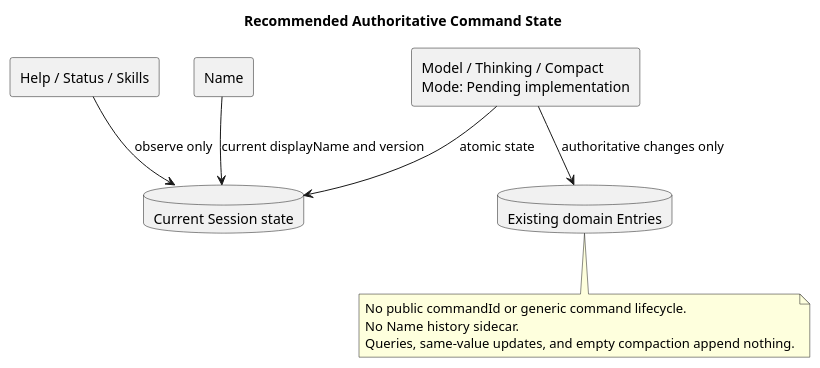
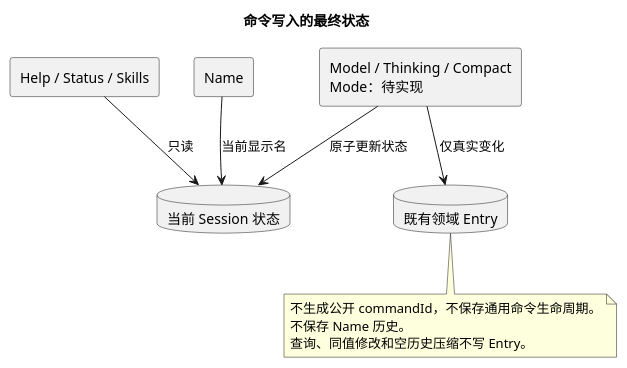
One commit to ssm0808/pi-mono-java-design changed the fourth of 5 diagrams in 04-命令与技能/00-Slash-Command通用模块/设计图/diagram.puml. Above: the diagram before and after it, drawn with PlantUML. The commit also changed other lines of this file and 35 other files, not shown here.

First line of the commit message:
Slash Command 设计重写：命令清单改为按 agentId 查询

```diff
--- a/04-命令与技能/00-Slash-Command通用模块/设计图/diagram.puml
+++ b/04-命令与技能/00-Slash-Command通用模块/设计图/diagram.puml
@@ -74,20 +98,20 @@
 @startuml authoritative_command_state
-title Recommended Authoritative Command State
-' Source evidence: pi-mono-java@53eff85c modules/coding-agent-cli/src/main/java/com/campusclaw/codingagent/runtimeapi/session/RuntimeSessionUpdateService.java prepare; Mode command is pending.
-' Architecture change: current name and existing domain entries replace generic command history.
+title 命令写入的最终状态
+' 源码证据：pi-mono-java@53eff85c modules/coding-agent-cli/src/main/java/com/campusclaw/codingagent/runtimeapi/session/RuntimeSessionUpdateService.java prepare。
+' 架构决策：只保存当前名称和既有领域 Entry，不建立通用命令历史；mode 命令待实现。
 skinparam shadowing false
 rectangle "Help / Status / Skills" as Read
-rectangle Name
-rectangle "Model / Thinking / Compact\nMode: Pending implementation" as Domain
-database "Current Session state" as Session
-database "Existing domain Entries" as Entries
-Read --> Session : observe only
-Name --> Session : current displayName and version
-Domain --> Session : atomic state
-Domain --> Entries : authoritative changes only
+rectangle "Name" as Name
+rectangle "Model / Thinking / Compact\nMode：待实现" as Domain
+database "当前 Session 状态" as Session
+database "既有领域 Entry" as Entries
+Read --> Session : 只读
+Name --> Session : 当前显示名
+Domain --> Session : 原子更新状态
+Domain --> Entries : 仅真实变化
 note bottom
-No public commandId or generic command lifecycle.
-No Name history sidecar.
-Queries, same-value updates, and empty compaction append nothing.
+不生成公开 commandId，不保存通用命令生命周期。
+不保存 Name 历史。
+查询、同值修改和空历史压缩不写 Entry。
 end note
 @enduml
```
